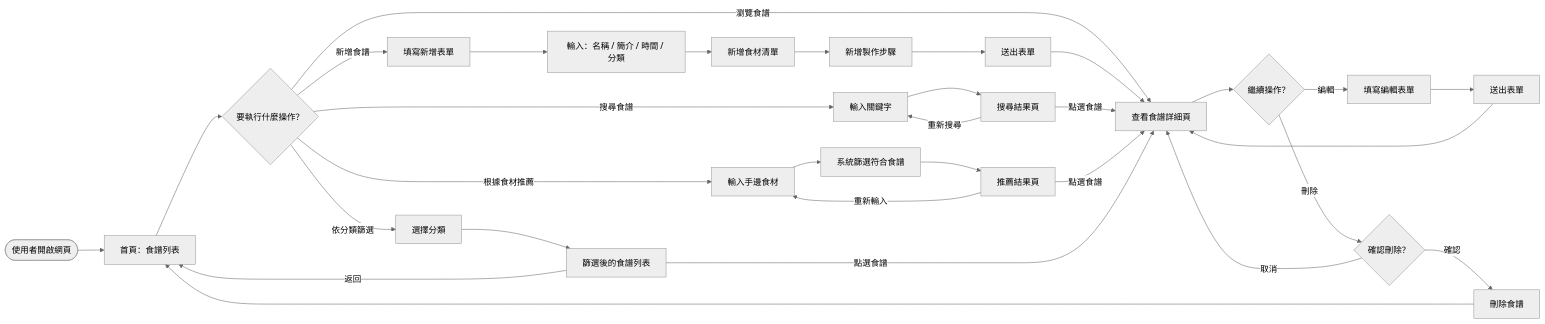
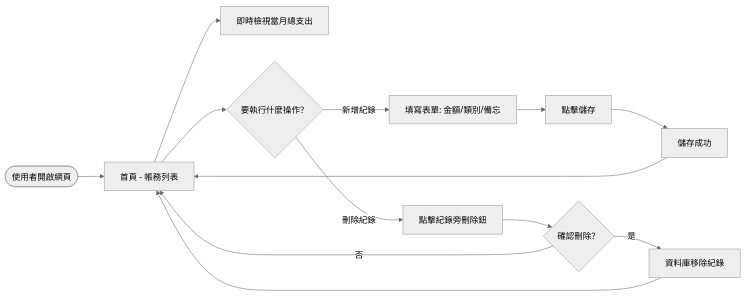
One commit to phcnnn/web_app_development changed the first of 2 diagrams in docs/FLOWCHART.md. Above: the diagram before and after it, drawn with Mermaid (neutral theme). The commit also changed other lines of this file and 1 other file, not shown here.

Commit message:
docs: create architecture and flowchart

````diff
--- a/docs/FLOWCHART.md
+++ b/docs/FLOWCHART.md
@@ -11,39 +11,18 @@
 ```mermaid
 flowchart LR
-    A([使用者開啟網頁]) --> B[首頁：食譜列表]
-
-    B --> C{要執行什麼操作？}
-
-    C -->|瀏覽食譜| D[查看食譜詳細頁]
-    D --> E{繼續操作？}
-    E -->|編輯| F[填寫編輯表單]
-    F --> F1[送出表單]
-    F1 --> D
-    E -->|刪除| G{確認刪除？}
-    G -->|確認| H[刪除食譜]
-    H --> B
-    G -->|取消| D
-
-    C -->|新增食譜| I[填寫新增表單]
-    I --> I1[輸入：名稱 / 簡介 / 時間 / 分類]
-    I1 --> I2[新增食材清單]
-    I2 --> I3[新增製作步驟]
-    I3 --> I4[送出表單]
-    I4 --> D
-
-    C -->|搜尋食譜| J[輸入關鍵字]
-    J --> K[搜尋結果頁]
-    K -->|點選食譜| D
-    K -->|重新搜尋| J
-
-    C -->|根據食材推薦| L[輸入手邊食材]
-    L --> M[系統篩選符合食譜]
-    M --> N[推薦結果頁]
-    N -->|點選食譜| D
-    N -->|重新輸入| L
-
-    C -->|依分類篩選| O[選擇分類]
-    O --> P[篩選後的食譜列表]
-    P -->|點選食譜| D
-    P -->|返回| B
+    Start([使用者開啟網頁]) --> Home[首頁 - 帳務列表]
+    Home --> Total[即時檢視當月總支出]
+    
+    Home --> Action{要執行什麼操作？}
+    
+    Action -->|新增紀錄| Add[填寫表單: 金額/類別/備忘]
+    Add --> Submit[點擊儲存]
+    Submit --> Success[儲存成功]
+    Success --> Home
+    
+    Action -->|刪除紀錄| Delete[點擊紀錄旁刪除鈕]
+    Delete --> Confirm{確認刪除？}
+    Confirm -->|是| DelDB[資料庫移除紀錄]
+    DelDB --> Home
+    Confirm -->|否| Home
 ```
````
